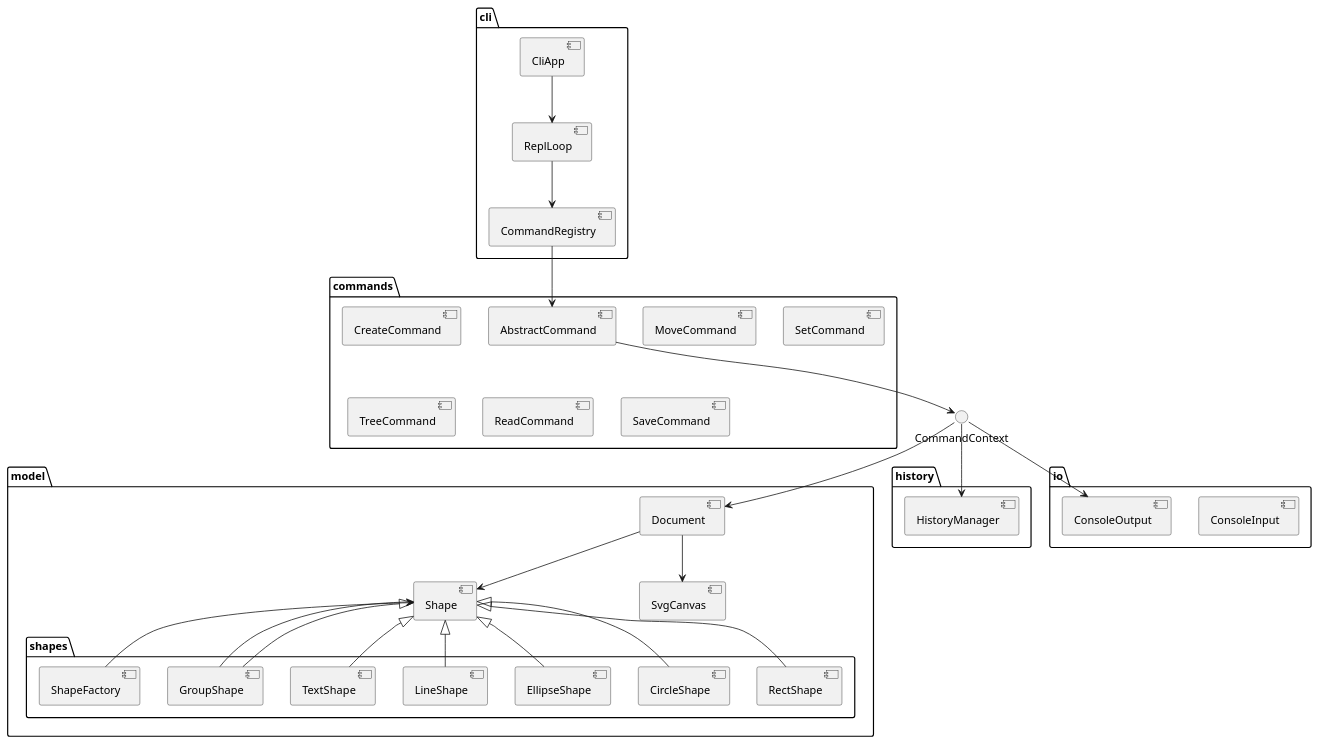
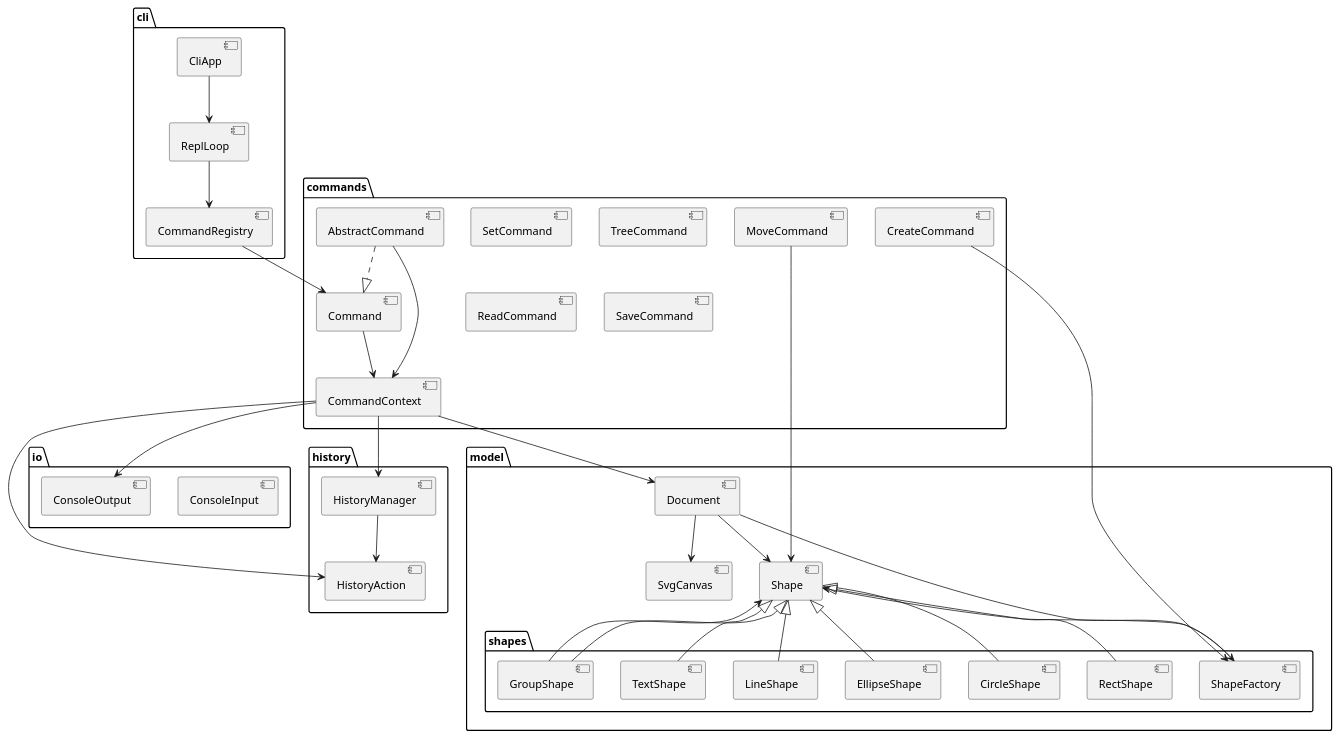
Before and after one commit to NinaZ65/sd-svg-lab: the diagram in doc/README.md, drawn with PlantUML. The commit also changed other lines of this file and 2 other files, not shown here.

````diff
--- a/doc/README.md
+++ b/doc/README.md
@@ -7,61 +7,71 @@
 ```plantuml
 @startuml
 package "cli" {
   [CliApp]
   [ReplLoop]
   [CommandRegistry]
 }
 
 package "commands" {
+  [Command]
+  [CommandContext]
   [AbstractCommand]
   [CreateCommand]
   [MoveCommand]
   [SetCommand]
   [TreeCommand]
   [ReadCommand]
   [SaveCommand]
 }
 
 package "model" {
   [Document]
   [Shape]
   [SvgCanvas]
   package "shapes" {
     [RectShape]
     [CircleShape]
     [EllipseShape]
     [LineShape]
     [TextShape]
     [GroupShape]
     [ShapeFactory]
   }
 }
 
 package "history" {
   [HistoryManager]
+  [HistoryAction]
 }
 
 package "io" {
   [ConsoleInput]
   [ConsoleOutput]
 }
 
 CliApp --> ReplLoop
 ReplLoop --> CommandRegistry
-CommandRegistry --> AbstractCommand
+CommandRegistry --> Command
+AbstractCommand ..|> Command
+Command --> CommandContext
 AbstractCommand --> CommandContext
 CommandContext --> Document
 CommandContext --> HistoryManager
 CommandContext --> ConsoleOutput
 Document --> Shape
 Document --> SvgCanvas
+Document --> ShapeFactory
+CreateCommand --> ShapeFactory
+MoveCommand --> Shape
+HistoryManager --> HistoryAction
+CommandContext --> HistoryAction
 Shape <|-- GroupShape
 Shape <|-- RectShape
 Shape <|-- CircleShape
 Shape <|-- EllipseShape
 Shape <|-- LineShape
 Shape <|-- TextShape
 ShapeFactory --> Shape
 GroupShape --> Shape
 @enduml
 ```
````
